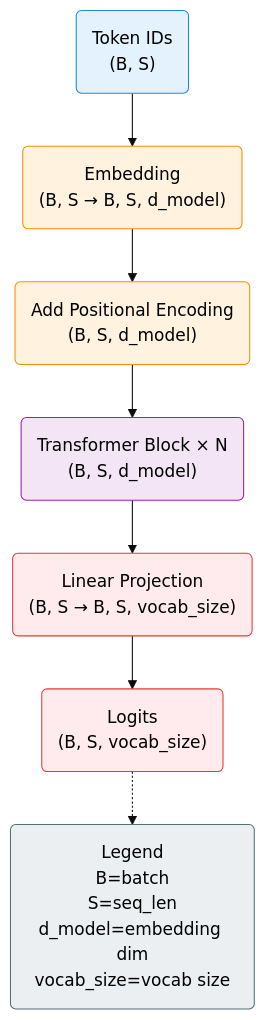
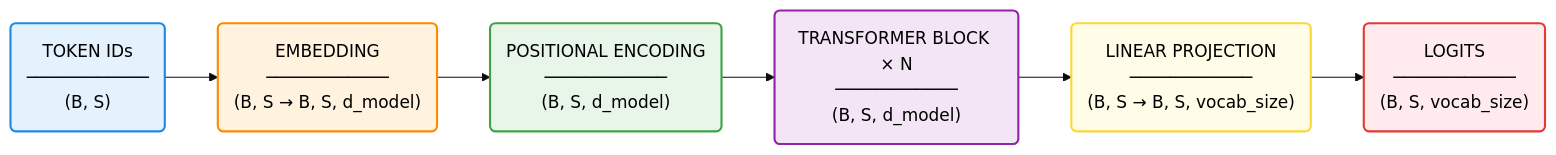
Before and after one commit to jonathanonglq/transformer-from-scratch: the diagram in diagrams/transformer_overview.md, drawn with Mermaid (base theme). The commit also changed other lines of this file, not shown here.

Commit message:
updated transformer overview diagram

````diff
--- a/diagrams/transformer_overview.md
+++ b/diagrams/transformer_overview.md
@@ -1,22 +5,20 @@
 ```mermaid
-flowchart TD
+flowchart LR
 
-    A("Token IDs<br/>(B, S)"):::input
-    B("Embedding<br/>(B, S → B, S, d_model)"):::embedding
-    C("Add Positional Encoding<br/>(B, S, d_model)"):::embedding
-    D("Transformer Block × N<br/>(B, S, d_model)"):::transformer
-    E("Linear Projection<br/>(B, S → B, S, vocab_size)"):::output
-    F("Logits<br/>(B, S, vocab_size)"):::output
+    A("TOKEN IDs<br/>────────────<br/>(B, S)"):::input
+    B("EMBEDDING<br/>────────────<br/>(B, S → B, S, d_model)"):::embedding
+    C("POSITIONAL ENCODING<br/>────────────<br/>(B, S, d_model)"):::pos
+    D("TRANSFORMER BLOCK × N<br/>────────────<br/>(B, S, d_model)"):::transformer
+    E("LINEAR PROJECTION<br/>────────────<br/>(B, S → B, S, vocab_size)"):::projection
+    F("LOGITS<br/>────────────<br/>(B, S, vocab_size)"):::logits
 
     A --> B --> C --> D --> E --> F
 
-    L("Legend<br/>B=batch<br/>S=seq_len<br/>d_model=embedding dim<br/>vocab_size=vocab size"):::legend
-    F -.-> L
-
     %% Styles
-    classDef input fill:#E3F2FD,stroke:#1E88E5,color:#000;
-    classDef embedding fill:#FFF3E0,stroke:#FB8C00,color:#000;
-    classDef transformer fill:#F3E5F5,stroke:#8E24AA,color:#000;
-    classDef output fill:#FFEBEE,stroke:#E53935,color:#000;
-    classDef legend fill:#ECEFF1,stroke:#546E7A,color:#000;
+    classDef input fill:#E3F2FD,stroke:#1E88E5,color:#000,stroke-width:2px;
+    classDef embedding fill:#FFF3E0,stroke:#FB8C00,color:#000,stroke-width:2px;
+    classDef pos fill:#E8F5E9,stroke:#43A047,color:#000,stroke-width:2px;
+    classDef transformer fill:#F3E5F5,stroke:#8E24AA,color:#000,stroke-width:2px;
+    classDef projection fill:#FFFDE7,stroke:#FDD835,color:#000,stroke-width:2px;
+    classDef logits fill:#FFEBEE,stroke:#E53935,color:#000,stroke-width:2px;
 ```
````
